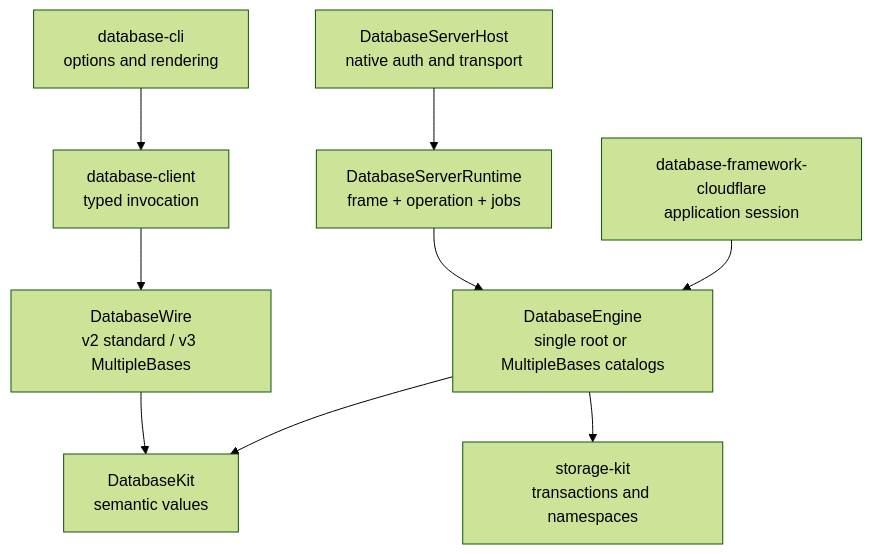
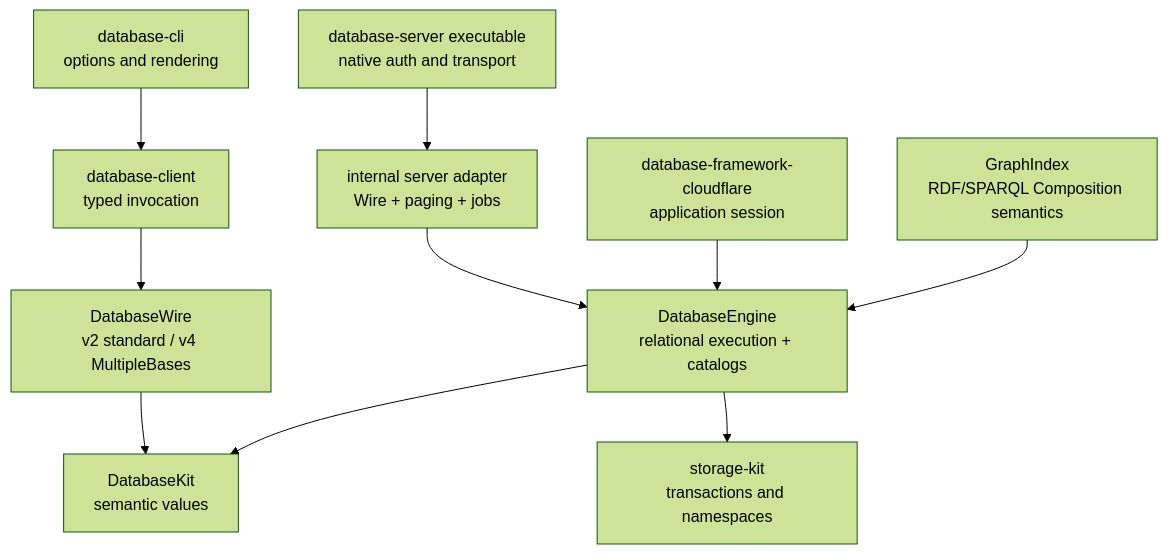
The second of 8 diagrams in docs/base-composition-implementation-design.md (1amageek/database-framework), drawn with Mermaid (forest theme) before and after one commit. The commit also changed other lines of this file and 76 other files, not shown here.

Commit message:
Move composition execution into database framework

````diff
--- a/docs/base-composition-implementation-design.md
+++ b/docs/base-composition-implementation-design.md
@@ -214,12 +231,13 @@
 ```mermaid
 flowchart TB
     CLI["database-cli<br/>options and rendering"] --> Client["database-client<br/>typed invocation"]
-    Client --> Wire["DatabaseWire<br/>v2 standard / v3 MultipleBases"]
+    Client --> Wire["DatabaseWire<br/>v2 standard / v4 MultipleBases"]
     Wire --> Kit["DatabaseKit<br/>semantic values"]
 
-    NativeHost["DatabaseServerHost<br/>native auth and transport"] --> Server["DatabaseServerRuntime<br/>frame + operation + jobs"]
-    Server --> Engine["DatabaseEngine<br/>single root or MultipleBases catalogs"]
+    NativeHost["database-server executable<br/>native auth and transport"] --> Server["internal server adapter<br/>Wire + paging + jobs"]
+    Server --> Engine["DatabaseEngine<br/>relational execution + catalogs"]
     Cloudflare["database-framework-cloudflare<br/>application session"] --> Engine
+    Graph["GraphIndex<br/>RDF/SPARQL Composition semantics"] --> Engine
     Engine --> Kit
     Engine --> Storage["storage-kit<br/>transactions and namespaces"]
 ```
````
